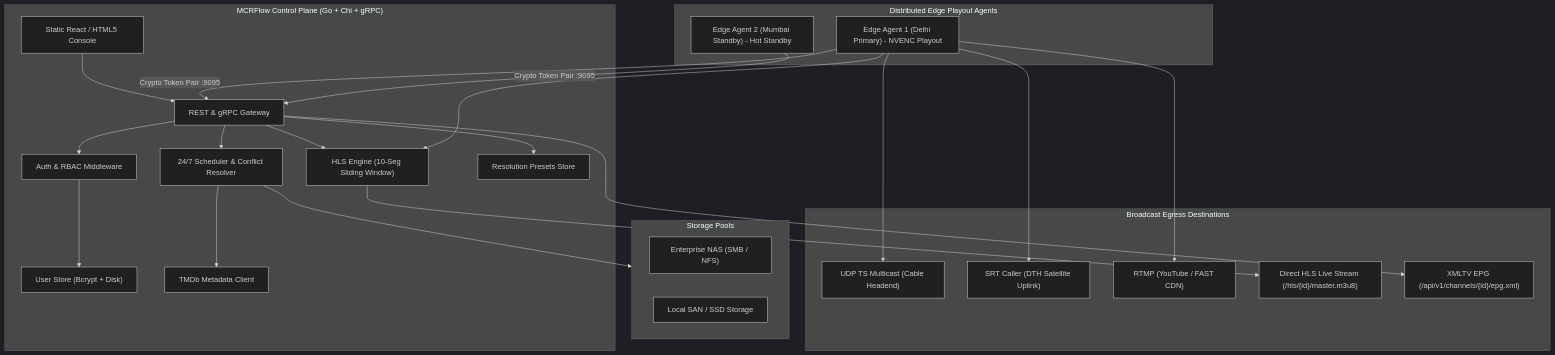
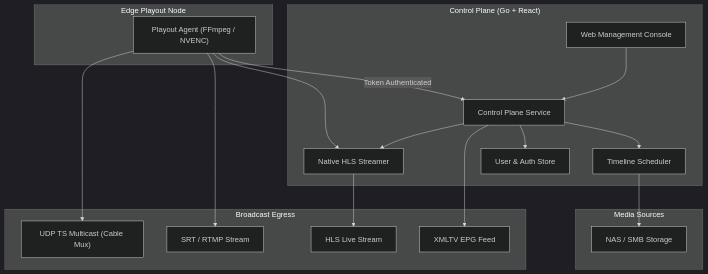
Before and after one commit to varmakarthik12/mcrflow: the diagram in README.md, drawn with Mermaid (dark theme). The commit also changed other lines of this file and 1 other file, not shown here.

Commit message:
docs: humanize README, fix mermaid diagram, remove table of contents, and clean all competitor names

````diff
--- a/README.md
+++ b/README.md
@@ -66,50 +13,38 @@
 ```mermaid
 flowchart TD
-    subgraph ControlPlane["MCRFlow Control Plane (Go + Chi + gRPC)"]
-        API["REST & gRPC Gateway"]
-        AuthMiddleware["Auth & RBAC Middleware"]
-        UserStore["User Store (Bcrypt + Disk)"]
-        HlsEngine["HLS Engine (10-Seg Sliding Window)"]
-        SchedEngine["24/7 Scheduler & Conflict Resolver"]
-        TMDb["TMDb Metadata Client"]
-        ResStore["Resolution Presets Store"]
-        WebStatic["Static React / HTML5 Console"]
+    subgraph ControlPlane["Control Plane (Go + React)"]
+        UI["Web Management Console"]
+        API["Control Plane Service"]
+        HLS["Native HLS Streamer"]
+        Sched["Timeline Scheduler"]
+        Users["User & Auth Store"]
     end
 
-    subgraph EdgeAgents["Distributed Edge Playout Agents"]
-        Agent1["Edge Agent 1 (Delhi Primary) - NVENC Playout"]
-        Agent2["Edge Agent 2 (Mumbai Standby) - Hot Standby"]
+    subgraph EdgeAgents["Edge Playout Node"]
+        Agent["Playout Agent (FFmpeg / NVENC)"]
     end
 
-    subgraph Storage["Storage Pools"]
-        NAS["Enterprise NAS (SMB / NFS)"]
-        SAN["Local SAN / SSD Storage"]
+    subgraph Storage["Media Sources"]
+        NAS["NAS / SMB Storage"]
     end
 
-    subgraph Outputs["Broadcast Egress Destinations"]
-        UDP["UDP TS Multicast (Cable Headend)"]
-        SRT["SRT Caller (DTH Satellite Uplink)"]
-        RTMP["RTMP (YouTube / FAST CDN)"]
-        HLSOut["Direct HLS Live Stream (/hls/{id}/master.m3u8)"]
-        EPGOut["XMLTV EPG (/api/v1/channels/{id}/epg.xml)"]
+    subgraph Outputs["Broadcast Egress"]
+        UDP["UDP TS Multicast (Cable Mux)"]
+        SRT["SRT / RTMP Stream"]
+        HLSOut["HLS Live Stream"]
+        EPG["XMLTV EPG Feed"]
     end
 
-    WebStatic --> API
-    API --> AuthMiddleware
-    AuthMiddleware --> UserStore
-    API --> SchedEngine
-    API --> HlsEngine
-    API --> ResStore
-    SchedEngine --> TMDb
-    SchedEngine --> Storage
+    UI --> API
+    API --> Users
+    API --> Sched
+    API --> HLS
+    Sched --> NAS
 
-    Agent1 -->|Crypto Token Pair :9095| API
-    Agent2 -->|Crypto Token Pair :9095| API
-
-    Agent1 --> UDP
-    Agent1 --> SRT
-    Agent1 --> RTMP
-    Agent1 --> HlsEngine
-    HlsEngine --> HLSOut
-    API --> EPGOut
+    Agent -->|"Token Authenticated"| API
+    Agent --> UDP
+    Agent --> SRT
+    Agent --> HLS
+    HLS --> HLSOut
+    API --> EPG
 ```
````
